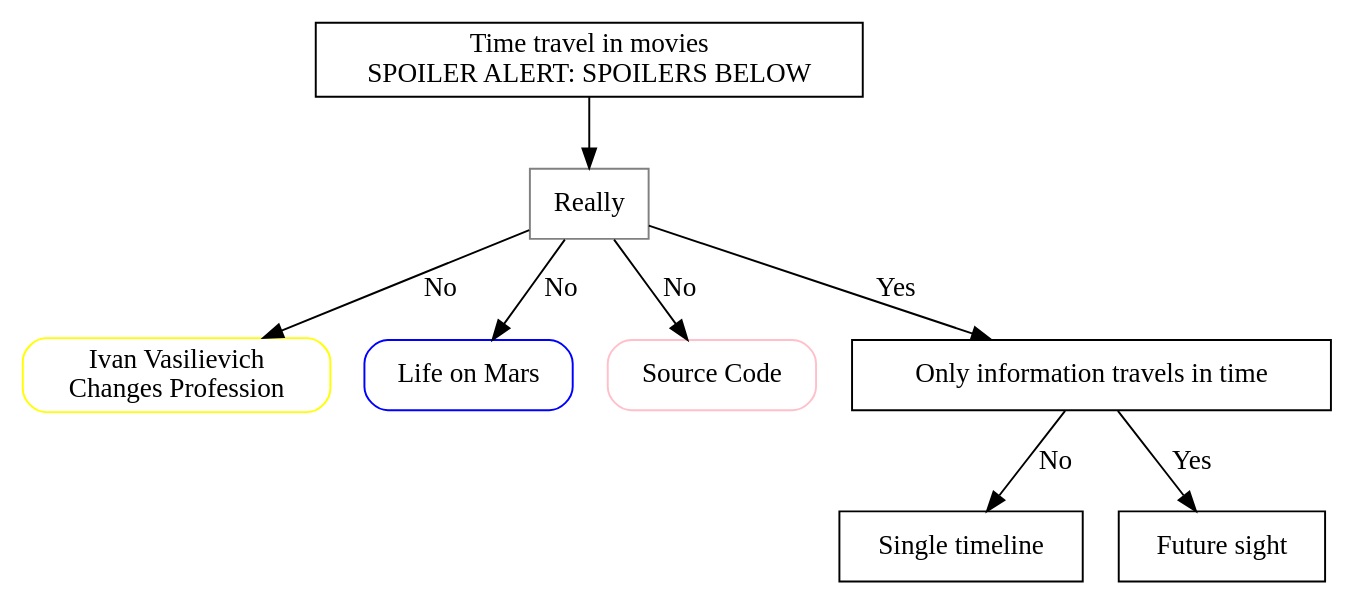
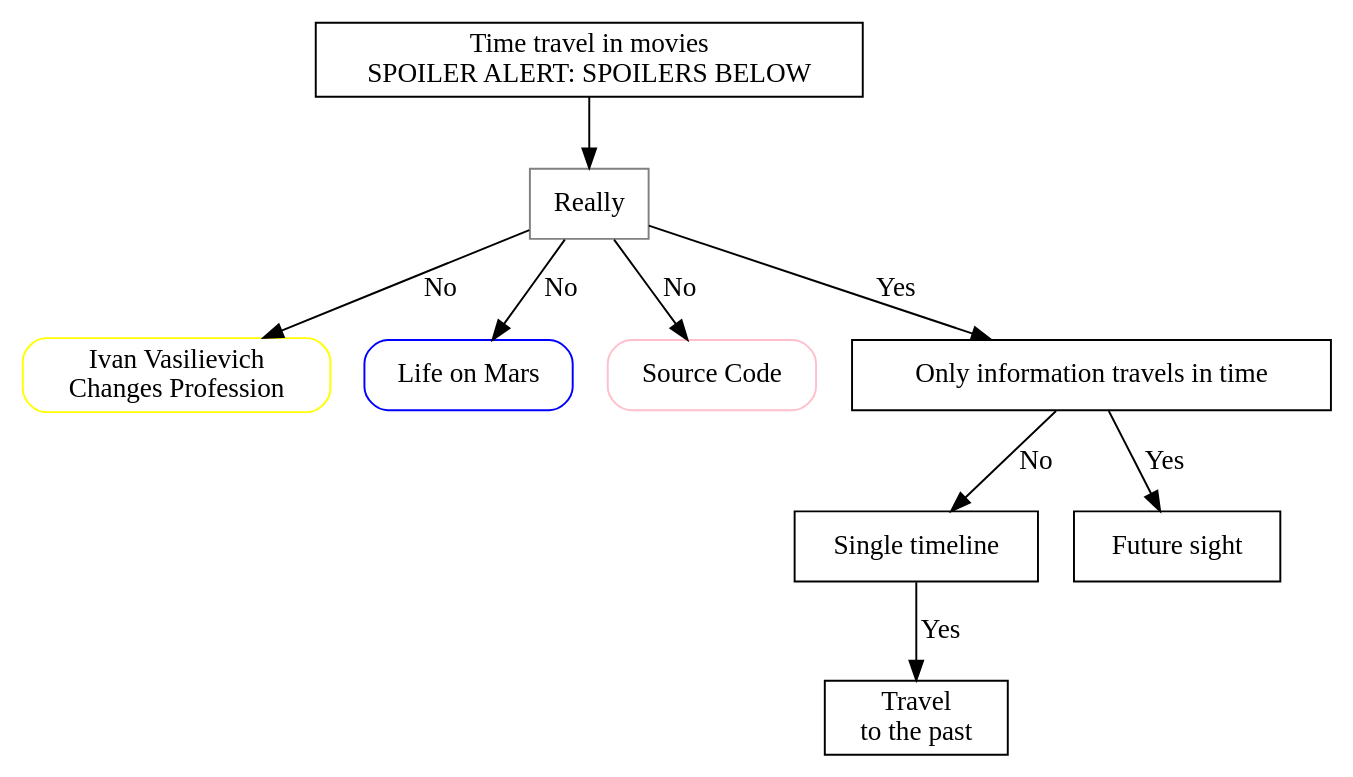
One commit to tlehman/time_travel_movies changed the diagram in time.gv. Above: the diagram before and after it, drawn with Graphviz. The commit also changed 3 other files, not shown here.

```diff
--- a/time.gv
+++ b/time.gv
@@ -1,23 +1,26 @@
 digraph time_travel_movies {
 	main [label="Time travel in movies\nSPOILER ALERT: SPOILERS BELOW",shape=box];
 	really [label="Really",shape=box,color=gray];
 	main -> really;
 	
 	m_changes_profession [label="Ivan Vasilievich\nChanges Profession",
 	   color=yellow,style=rounded,shape=box];
 	life_on_mars         [label="Life on Mars", color=blue, style=rounded, shape=box];
 	source_code          [label="Source Code", shape=box, style=rounded, color=pink];
 
 	really -> m_changes_profession [label=No];
 	really -> life_on_mars         [label=No];
 	really -> source_code          [label=No];
 
 	only_info [label="Only information travels in time", shape=box];
 	really -> only_info [label=Yes];
 	
 	single_timeline [label="Single timeline", shape=box];
 	future_sight    [label="Future sight", shape=box];
 	only_info -> single_timeline [label=No];
 	only_info -> future_sight [label=Yes];
+
+	travel_to_past [label="Travel\nto the past", shape=box];
+	single_timeline -> travel_to_past [label=Yes];
 	
 }
```
